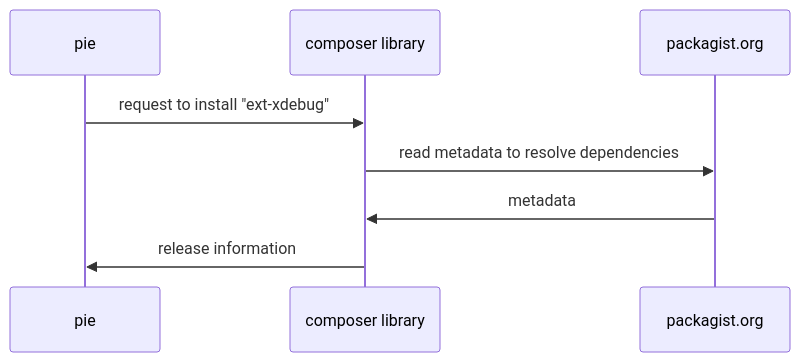
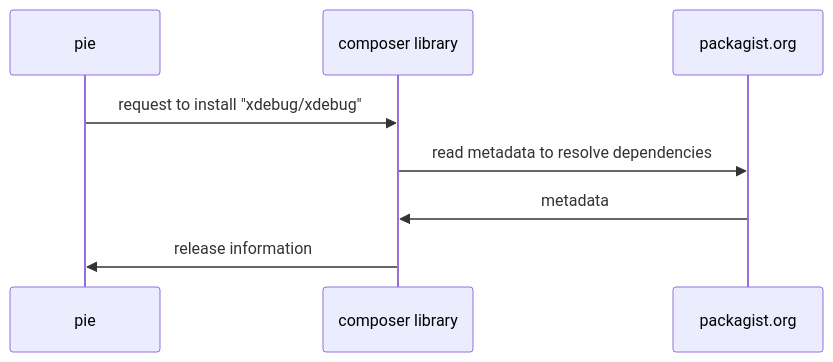
The first of 2 diagrams in README.md (ThePHPF/pie-design), drawn with Mermaid before and after one commit. The commit also changed other lines of this file, not shown here.

Commit message:
Fixes #22 - clarifying and correcting the usage of Composer package names over extension names when installing

````diff
--- a/README.md
+++ b/README.md
@@ -347,11 +351,11 @@
 ```mermaid
 sequenceDiagram
     participant pie
     participant composer as composer library
     participant packagist as packagist.org
 
-    pie ->> composer : request to install "ext-xdebug"
+    pie ->> composer : request to install "xdebug/xdebug"
     composer ->> packagist : read metadata to resolve dependencies
     packagist ->> composer : metadata
     composer ->> pie : release information
 ```
````
